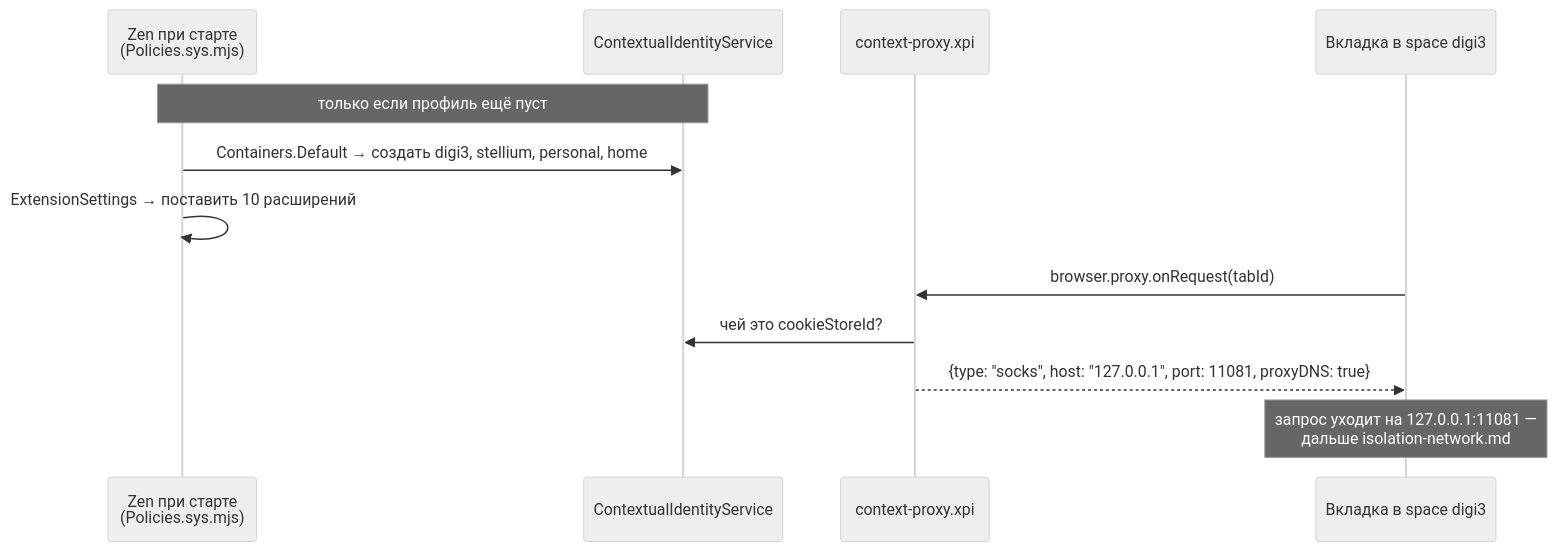
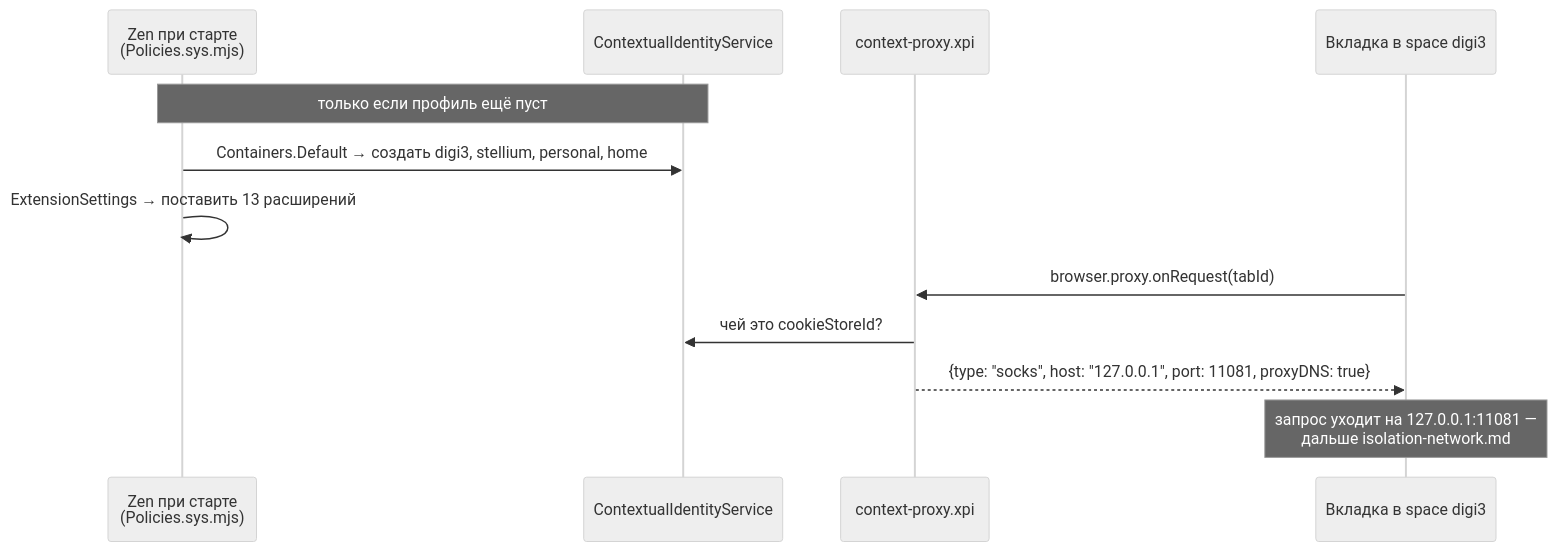
One commit to stpntkhnv/dotfiles changed the second of 2 diagrams in docs/isolation-browser.md. Above: the diagram before and after it, drawn with Mermaid (neutral theme). The commit also changed other lines of this file and 1 other file, not shown here.

````diff
--- a/docs/isolation-browser.md
+++ b/docs/isolation-browser.md
@@ -90,16 +90,16 @@
 ```mermaid
 sequenceDiagram
     participant P as Zen при старте<br/>(Policies.sys.mjs)
     participant CI as ContextualIdentityService
     participant CP as context-proxy.xpi
     participant T as Вкладка в space digi3
 
     Note over P,CI: только если профиль ещё пуст
     P->>CI: Containers.Default → создать digi3, stellium, personal, home
-    P->>P: ExtensionSettings → поставить 10 расширений
+    P->>P: ExtensionSettings → поставить 13 расширений
 
     T->>CP: browser.proxy.onRequest(tabId)
     CP->>CI: чей это cookieStoreId?
     CP-->>T: {type: "socks", host: "127.0.0.1", port: 11081, proxyDNS: true}
     Note over T: запрос уходит на 127.0.0.1:11081 —<br/>дальше isolation-network.md
 ```
````
